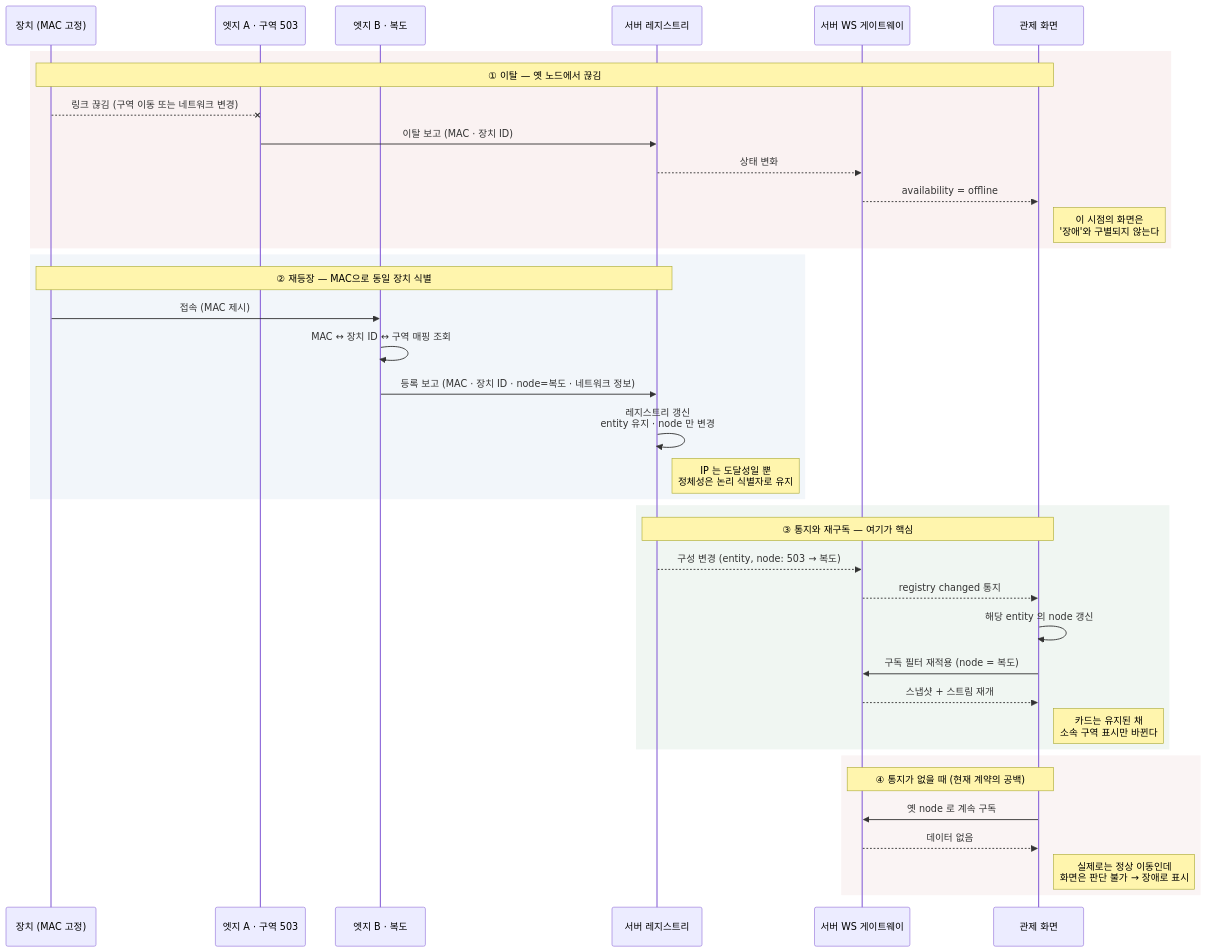
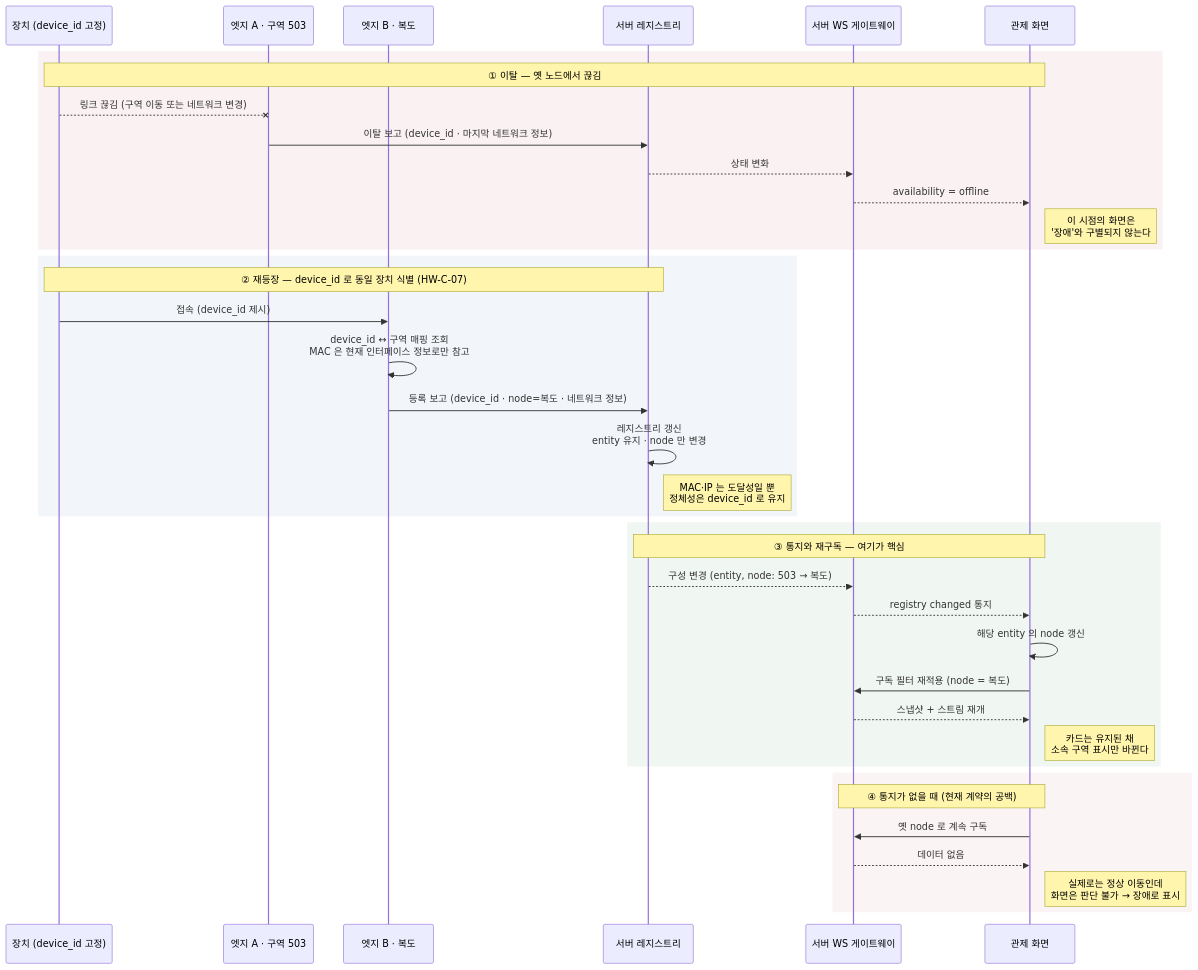
Diagram 13 of 13 in docs/다이어그램_원본_mermaid.md (khw18033/Physical-Project-mk2), drawn with Mermaid before and after one commit. The commit also changed other lines of this file and 7 other files, not shown here.

````diff
--- a/docs/다이어그램_원본_mermaid.md
+++ b/docs/다이어그램_원본_mermaid.md
@@ -475,44 +552,44 @@
 ```mermaid
 sequenceDiagram
-    participant D as 장치 (MAC 고정)
+    participant D as 장치 (device_id 고정)
     participant EA as 엣지 A · 구역 503
     participant EB as 엣지 B · 복도
     participant R as 서버 레지스트리
     participant G as 서버 WS 게이트웨이
     participant V as 관제 화면
 
     rect rgb(250,242,242)
     Note over D,V: ① 이탈 — 옛 노드에서 끊김
     D--xEA: 링크 끊김 (구역 이동 또는 네트워크 변경)
-    EA->>R: 이탈 보고 (MAC · 장치 ID)
+    EA->>R: 이탈 보고 (device_id · 마지막 네트워크 정보)
     R-->>G: 상태 변화
     G-->>V: availability = offline
     Note right of V: 이 시점의 화면은<br/>'장애'와 구별되지 않는다
     end
 
     rect rgb(242,246,250)
-    Note over D,R: ② 재등장 — MAC으로 동일 장치 식별
-    D->>EB: 접속 (MAC 제시)
-    EB->>EB: MAC ↔ 장치 ID ↔ 구역 매핑 조회
-    EB->>R: 등록 보고 (MAC · 장치 ID · node=복도 · 네트워크 정보)
+    Note over D,R: ② 재등장 — device_id 로 동일 장치 식별 (HW-C-07)
+    D->>EB: 접속 (device_id 제시)
+    EB->>EB: device_id ↔ 구역 매핑 조회<br/>MAC 은 현재 인터페이스 정보로만 참고
+    EB->>R: 등록 보고 (device_id · node=복도 · 네트워크 정보)
     R->>R: 레지스트리 갱신<br/>entity 유지 · node 만 변경
-    Note right of R: IP 는 도달성일 뿐<br/>정체성은 논리 식별자로 유지
+    Note right of R: MAC·IP 는 도달성일 뿐<br/>정체성은 device_id 로 유지
     end
 
     rect rgb(240,246,242)
     Note over R,V: ③ 통지와 재구독 — 여기가 핵심
     R-->>G: 구성 변경 (entity, node: 503 → 복도)
     G-->>V: registry changed 통지
     V->>V: 해당 entity 의 node 갱신
     V->>G: 구독 필터 재적용 (node = 복도)
     G-->>V: 스냅샷 + 스트림 재개
     Note right of V: 카드는 유지된 채<br/>소속 구역 표시만 바뀐다
     end
 
     rect rgb(250,244,244)
     Note over V,G: ④ 통지가 없을 때 (현재 계약의 공백)
     V->>G: 옛 node 로 계속 구독
     G-->>V: 데이터 없음
     Note right of V: 실제로는 정상 이동인데<br/>화면은 판단 불가 → 장애로 표시
     end
 ```
````
